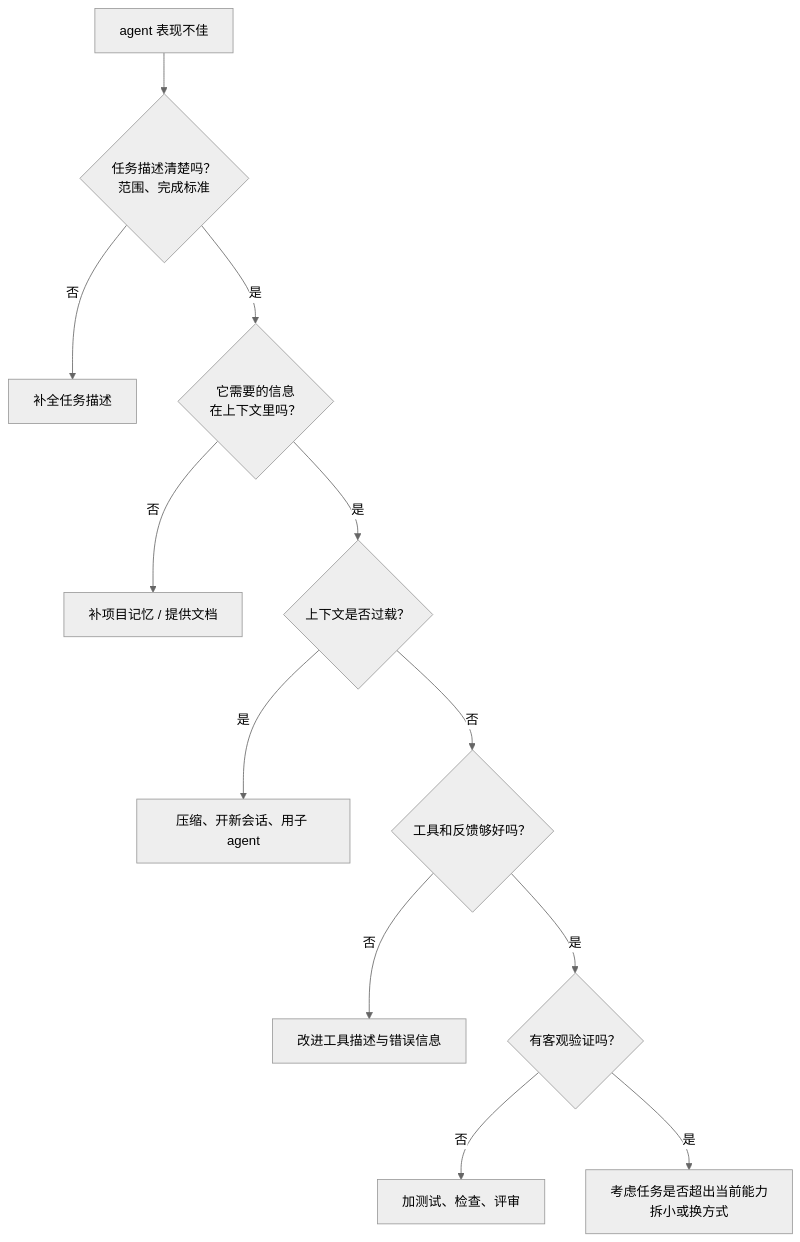
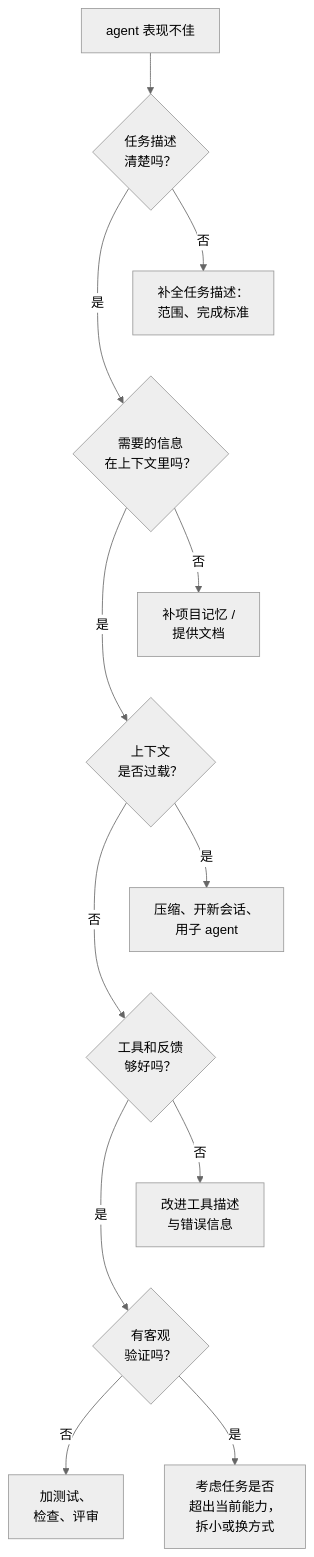
The first of 2 diagrams in books/agent-principles/10-failure-modes.md (jarvis-pro/hatch-shelf), drawn with Mermaid (neutral theme) before and after one commit. The commit also changed other lines of this file and 432 other files, not shown here.

````diff
--- a/books/agent-principles/10-failure-modes.md
+++ b/books/agent-principles/10-failure-modes.md
@@ -96,14 +96,18 @@
 ```mermaid
 flowchart TD
-  A["agent 表现不佳"] --> B{"任务描述清楚吗？<br/>范围、完成标准"}
-  B -->|"否"| B1["补全任务描述"]
-  B -->|"是"| C{"它需要的信息<br/>在上下文里吗？"}
-  C -->|"否"| C1["补项目记忆 / 提供文档"]
-  C -->|"是"| D{"上下文是否过载？"}
-  D -->|"是"| D1["压缩、开新会话、用子 agent"]
-  D -->|"否"| E{"工具和反馈够好吗？"}
-  E -->|"否"| E1["改进工具描述与错误信息"]
-  E -->|"是"| F{"有客观验证吗？"}
-  F -->|"否"| F1["加测试、检查、评审"]
-  F -->|"是"| G["考虑任务是否超出当前能力<br/>拆小或换方式"]
+  A["agent 表现不佳"] --> B{"任务描述<br/>清楚吗？"}
+  B -->|"否"| B1["补全任务描述：<br/>范围、完成标准"]
+  B -->|"是"| C{"需要的信息<br/>在上下文里吗？"}
+  C -->|"否"| C1["补项目记忆 /<br/>提供文档"]
+  C -->|"是"| D{"上下文<br/>是否过载？"}
+  D -->|"是"| D1["压缩、开新会话、<br/>用子 agent"]
+  D -->|"否"| E{"工具和反馈<br/>够好吗？"}
+  E -->|"否"| E1["改进工具描述<br/>与错误信息"]
+  E -->|"是"| F{"有客观<br/>验证吗？"}
+  F -->|"否"| F1["加测试、<br/>检查、评审"]
+  F -->|"是"| G["考虑任务是否<br/>超出当前能力，<br/>拆小或换方式"]
+  B1 ~~~ C
+  C1 ~~~ D
+  D1 ~~~ E
+  E1 ~~~ F
 ```
````
